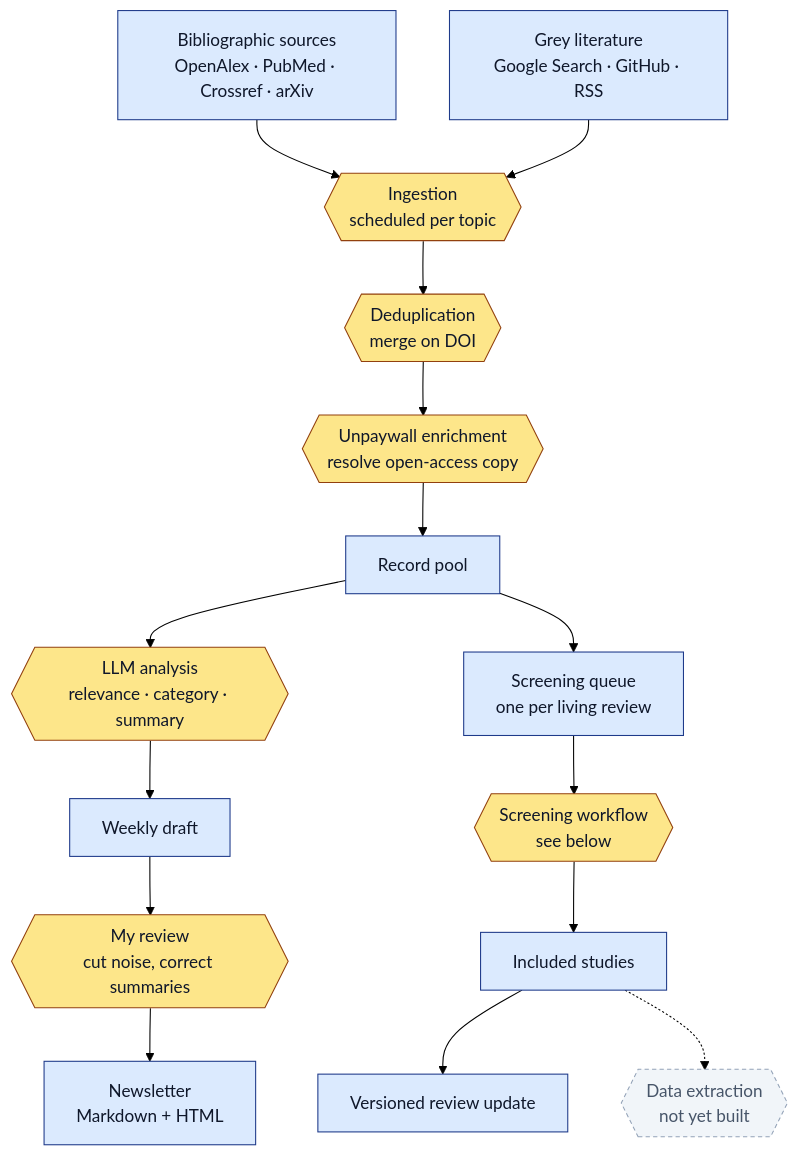
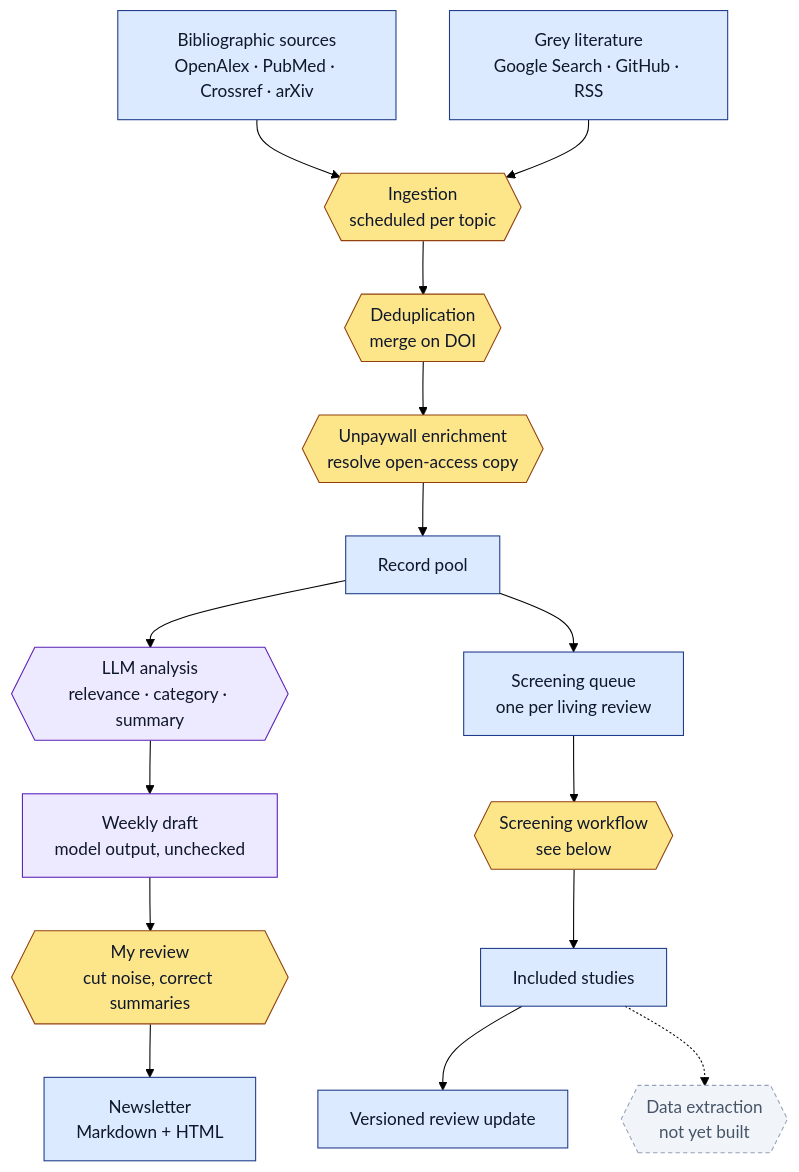
Before and after one commit to Synthesis-and-Reviews-Office-3ie/living_synthesis: the first of 2 diagrams in PROJECT_OVERVIEW.md, drawn with Mermaid (forest theme). The commit also changed other lines of this file, not shown here.

Commit message:
PROJECT_OVERVIEW: colour the AI steps in the pipeline diagram

````diff
--- a/PROJECT_OVERVIEW.md
+++ b/PROJECT_OVERVIEW.md
@@ -17,38 +17,40 @@
 ```mermaid
 flowchart TB
     BIB["Bibliographic sources<br/>OpenAlex · PubMed · Crossref · arXiv"]
     GREY["Grey literature<br/>Google Search · GitHub · RSS"]
 
     FETCH{{"Ingestion<br/>scheduled per topic"}}
     DEDUP{{"Deduplication<br/>merge on DOI"}}
     OA{{"Unpaywall enrichment<br/>resolve open-access copy"}}
     POOL["Record pool"]
 
     BIB --> FETCH
     GREY --> FETCH
     FETCH --> DEDUP --> OA --> POOL
 
     AIA{{"LLM analysis<br/>relevance · category · summary"}}
-    DRAFT["Weekly draft"]
+    DRAFT["Weekly draft<br/>model output, unchecked"]
     HUM1{{"My review<br/>cut noise, correct summaries"}}
     OUT1["Newsletter<br/>Markdown + HTML"]
 
     POOL --> AIA --> DRAFT --> HUM1 --> OUT1
 
     QUEUE["Screening queue<br/>one per living review"]
     SCREEN{{"Screening workflow<br/>see below"}}
     INC["Included studies"]
     VER["Versioned review update"]
     DEX{{"Data extraction<br/>not yet built"}}
 
     POOL --> QUEUE --> SCREEN --> INC
     INC --> VER
     INC -.-> DEX
 
     classDef rec fill:#dbeafe,stroke:#1e3a8a,color:#0f172a
     classDef proc fill:#fde68a,stroke:#92400e,color:#0f172a
+    classDef ai fill:#ede9fe,stroke:#5b21b6,color:#0f172a
     classDef todo fill:#f1f5f9,stroke:#94a3b8,color:#475569,stroke-dasharray:4 3
-    class BIB,GREY,POOL,DRAFT,OUT1,QUEUE,INC,VER rec
-    class FETCH,DEDUP,OA,AIA,HUM1,SCREEN proc
+    class BIB,GREY,POOL,OUT1,QUEUE,INC,VER rec
+    class FETCH,DEDUP,OA,HUM1,SCREEN proc
+    class AIA,DRAFT ai
     class DEX todo
 ```
````
